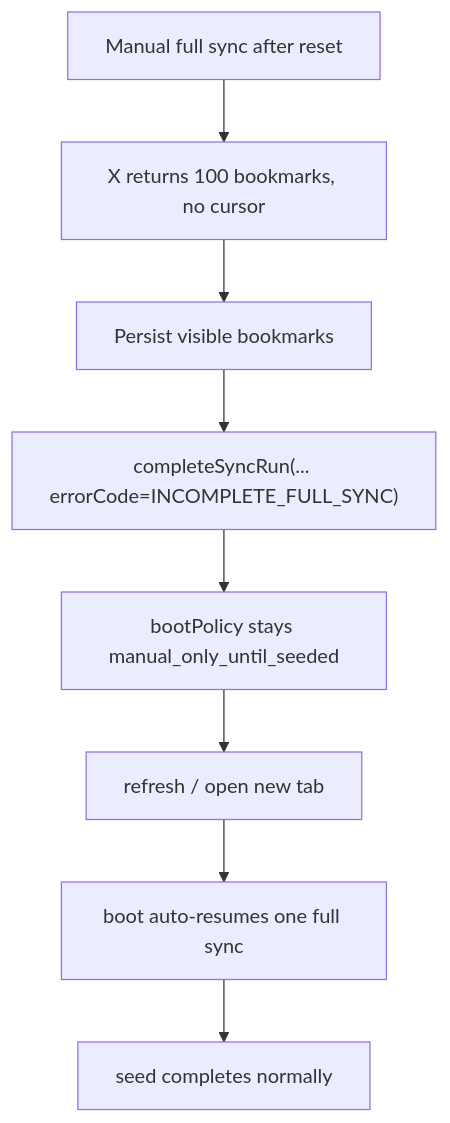
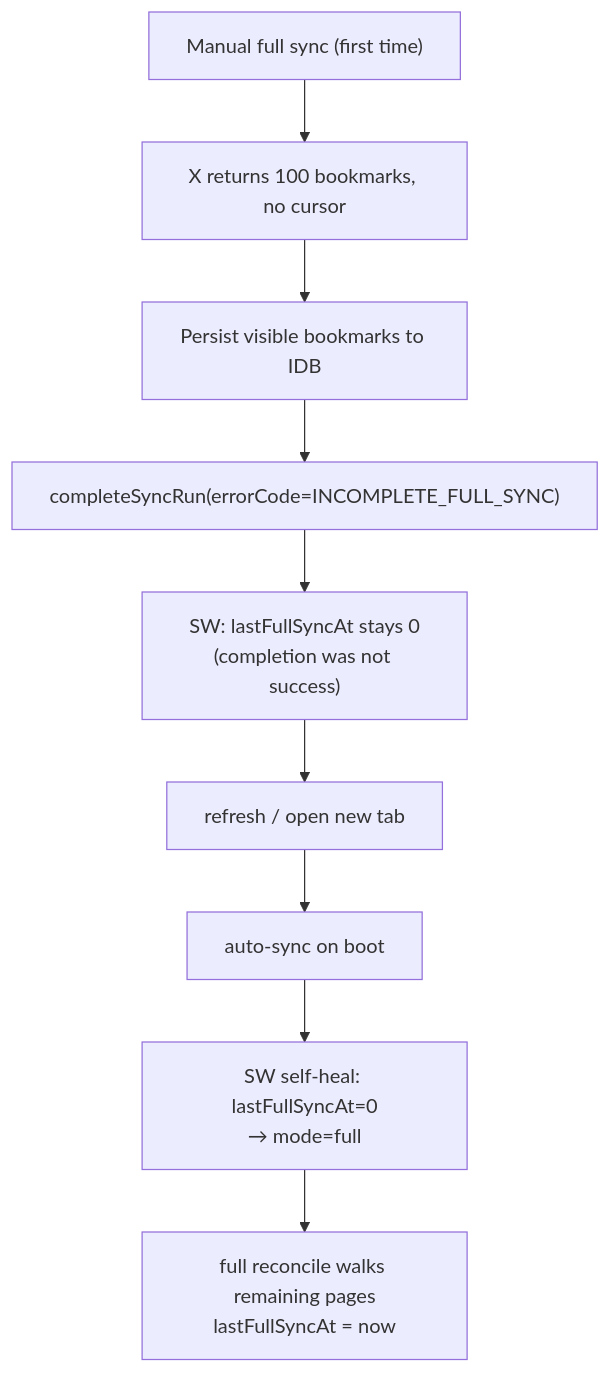
One commit to nnnkit/totem changed the ninth of 15 diagrams in ARCHITECTURE.md. Above: the diagram before and after it, drawn with Mermaid. The commit also changed other lines of this file and 2 other files, not shown here.

Commit message:
docs: refresh architecture doc for post-refactor state; add visual diagrams

````diff
--- a/ARCHITECTURE.md
+++ b/ARCHITECTURE.md
@@ -269,10 +322,11 @@
 ```mermaid
 flowchart TD
-  ManualSync["Manual full sync after reset"] --> Page100["X returns 100 bookmarks, no cursor"]
-  Page100 --> Persist["Persist visible bookmarks"]
-  Persist --> MarkIncomplete["completeSyncRun(... errorCode=INCOMPLETE_FULL_SYNC)"]
-  MarkIncomplete --> KeepSeed["bootPolicy stays manual_only_until_seeded"]
-  KeepSeed --> Reload["refresh / open new tab"]
-  Reload --> Resume["boot auto-resumes one full sync"]
-  Resume --> Complete["seed completes normally"]
+  ManualSync["Manual full sync (first time)"] --> Page100["X returns 100 bookmarks, no cursor"]
+  Page100 --> Persist["Persist visible bookmarks to IDB"]
+  Persist --> MarkIncomplete["completeSyncRun(errorCode=INCOMPLETE_FULL_SYNC)"]
+  MarkIncomplete --> KeepRaw["SW: lastFullSyncAt stays 0<br/>(completion was not success)"]
+  KeepRaw --> Reload["refresh / open new tab"]
+  Reload --> NextSync["auto-sync on boot"]
+  NextSync --> SelfHeal["SW self-heal: lastFullSyncAt=0<br/>→ mode=full"]
+  SelfHeal --> Complete["full reconcile walks remaining pages<br/>lastFullSyncAt = now"]
 ```
````
